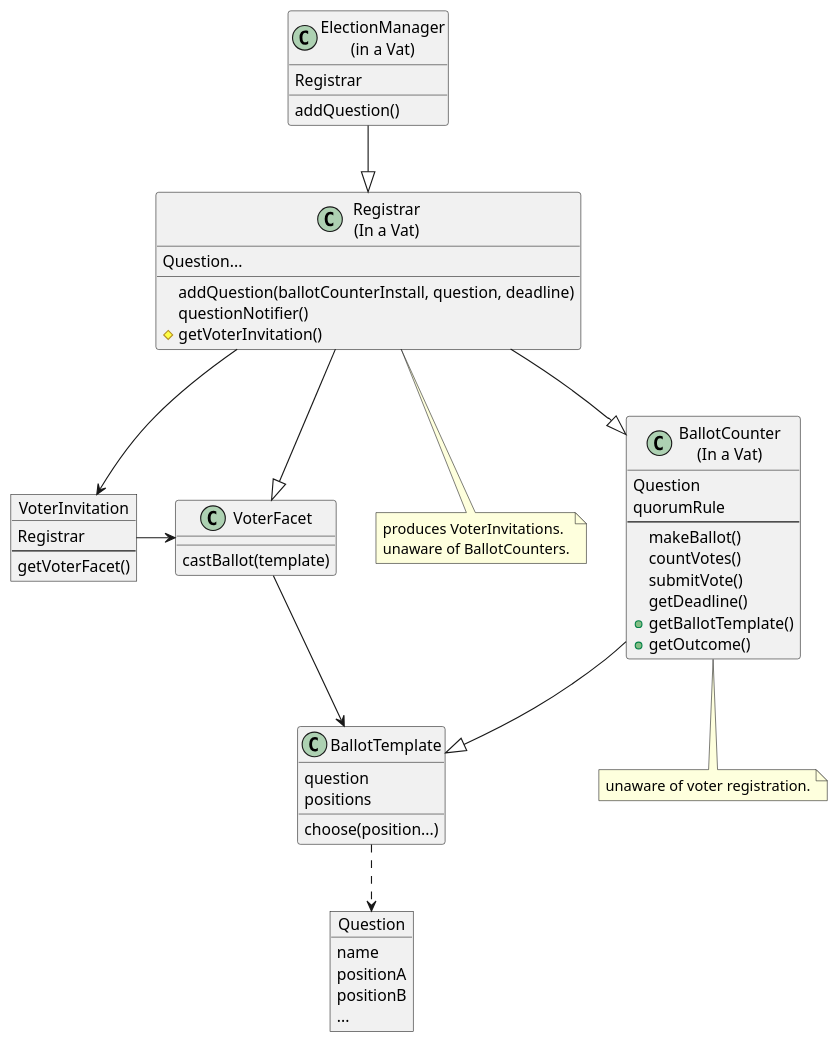
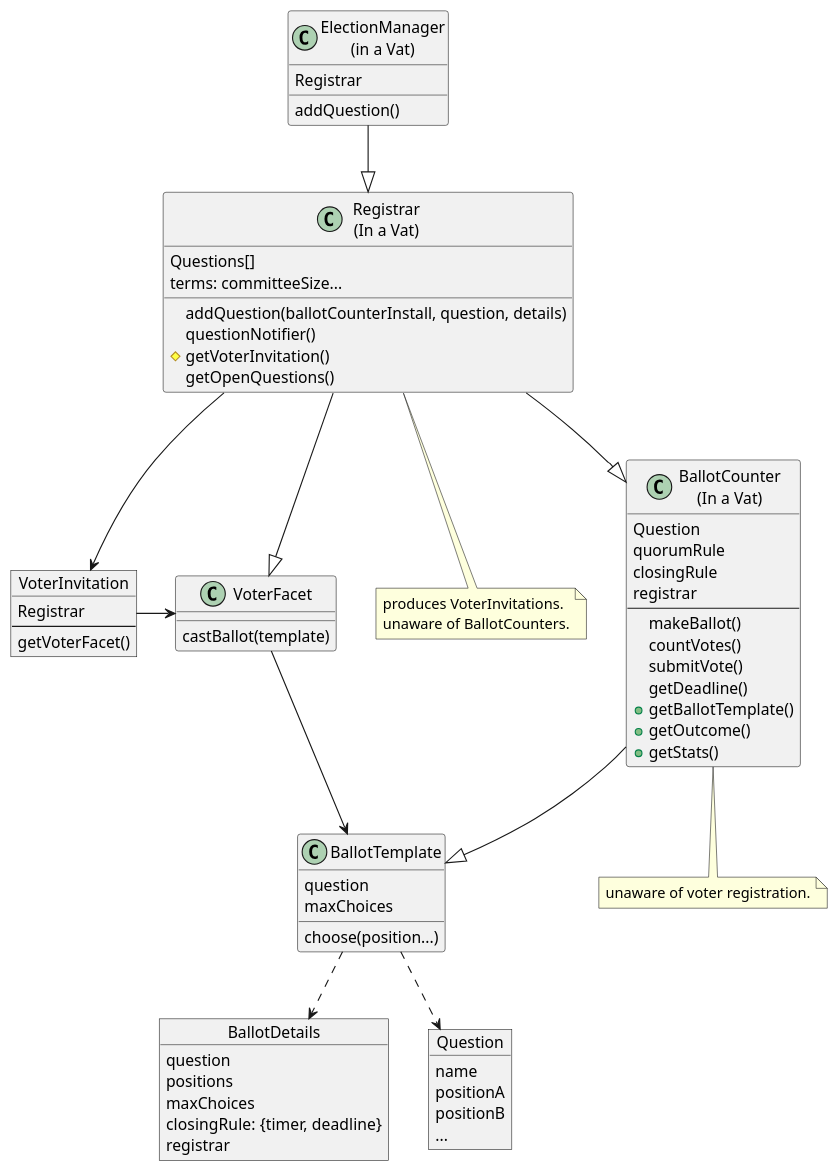
Before and after one commit to Agoric/agoric-sdk: the diagram in packages/governance/docs/invitations.puml, drawn with PlantUML.

```diff
--- a/packages/governance/docs/invitations.puml
+++ b/packages/governance/docs/invitations.puml
@@ -1,67 +1,83 @@
 @startuml governance invitation linkages
 
 class "Registrar\n(In a Vat)" as Registrar {
-    Question...
-    addQuestion(ballotCounterInstall, question, deadline)
+    Questions[]
+    terms: committeeSize...
+    addQuestion(ballotCounterInstall, question, details)
     questionNotifier()
     #getVoterInvitation()
+    getOpenQuestions()
 }
 
 note "produces VoterInvitations.\nunaware of BallotCounters." as N1
 Registrar .. N1
 
+object BallotDetails {
+    question
+    positions
+    maxChoices
+    closingRule: {timer, deadline}
+    registrar
+}
+
 class "BallotCounter\n(In a Vat)" as BallotCounter {
     Question
     quorumRule
+    closingRule
+    registrar
     --
     makeBallot()
     countVotes()
     submitVote()
     getDeadline()
     +getBallotTemplate()
     +getOutcome()
+    +getStats()
 }
 
 note "unaware of voter registration." as N2
 BallotCounter .. N2
 
 class BallotTemplate {
     question
-    positions
+    maxChoices
+
     choose(position...)
 }
+
+BallotTemplate ..> BallotDetails
 
 object Question {
     name
     positionA
     positionB
     ...
 }
 
 class "ElectionManager\n(in a Vat)" as ElectionManager {
     Registrar
     addQuestion()
 }
 
 class VoterFacet {
     castBallot(template)
 }
 
 object VoterInvitation {
     Registrar
     --
     getVoterFacet()
 }
 
 ElectionManager --|> Registrar
 
 Registrar --> VoterInvitation
 Registrar --|> BallotCounter
 Registrar --|> VoterFacet
 VoterInvitation -> VoterFacet
 VoterFacet -> BallotTemplate
 BallotCounter --|> BallotTemplate
 
 BallotTemplate ..> Question
 
 @enduml
```
